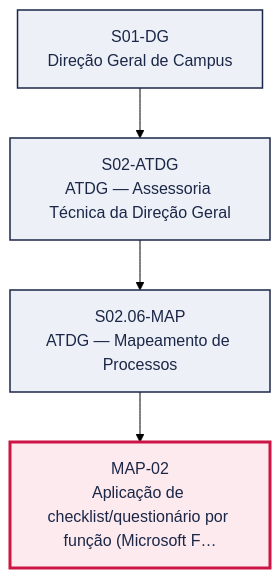
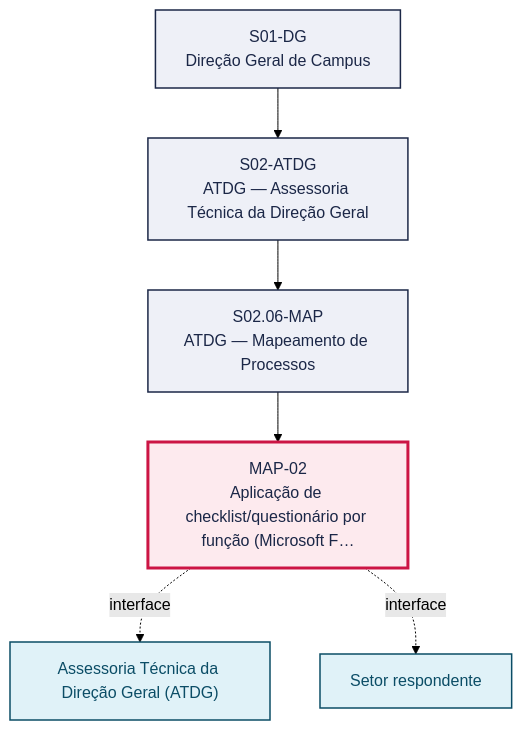
One commit to jessefers/canvas-vivo-atdg changed the first of 2 diagrams in pops/MAP/MAP-02.md. Above: the diagram before and after it, drawn with Mermaid (forest theme). The commit also changed other lines of this file and 61 other files, not shown here.

````diff
--- a/pops/MAP/MAP-02.md
+++ b/pops/MAP/MAP-02.md
@@ -49,15 +51,20 @@
 ```mermaid
 graph TD
   S01_DG["S01-DG<br/>Direção Geral de Campus"]
   S02_ATDG["S02-ATDG<br/>ATDG — Assessoria Técnica da Direção Geral"]
   S01_DG --> S02_ATDG
   S02_06_MAP["S02.06-MAP<br/>ATDG — Mapeamento de Processos"]
   S02_ATDG --> S02_06_MAP
   P["MAP-02<br/>Aplicação de checklist/questionário por função (Microsoft F…"]
   S02_06_MAP --> P
+  V1["Assessoria Técnica da Direção Geral (ATDG)"]
+  P -. interface .-> V1
+  V2["Setor respondente"]
+  P -. interface .-> V2
   classDef setor fill:#EEF0F7,stroke:#1B2747,stroke-width:1.5px,color:#1B2747
   classDef destaque fill:#FDEAEE,stroke:#CC1544,stroke-width:3px,color:#1B2747
   classDef vizinho fill:#E0F2F8,stroke:#0B4D66,stroke-width:1.5px,color:#0B4D66
   class S01_DG,S02_ATDG,S02_06_MAP setor
   class P destaque
+  class V1,V2 vizinho
 ```
````
